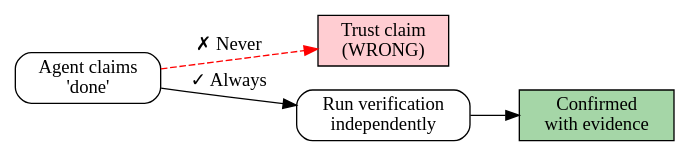
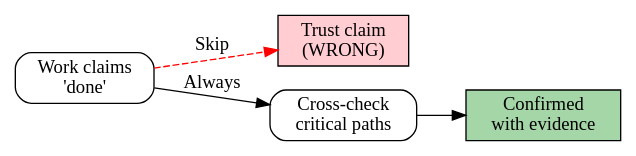
One commit to yufakang0826-hue/erpforge changed the diagram in skills/anti-rationalization.md. Above: the diagram before and after it, drawn with Graphviz. The commit also changed other lines of this file and 20 other files, not shown here.

````diff
--- a/skills/anti-rationalization.md
+++ b/skills/anti-rationalization.md
@@ -71,15 +68,15 @@
 ```dot
 digraph verification {
     rankdir=LR
     node [shape=box, style=rounded]
 
-    claim [label="Agent claims\n'done'"]
+    claim [label="Work claims\n'done'"]
     trust [label="Trust claim\n(WRONG)" fillcolor="#ffcdd2" style=filled]
-    verify [label="Run verification\nindependently"]
+    verify [label="Cross-check\ncritical paths"]
     confirmed [label="Confirmed\nwith evidence" fillcolor="#a5d6a7" style=filled]
 
-    claim -> trust [label="✗ Never" style=dashed color=red]
-    claim -> verify [label="✓ Always"]
+    claim -> trust [label="Skip" style=dashed color=red]
+    claim -> verify [label="Always"]
     verify -> confirmed
 }
 ```
````
